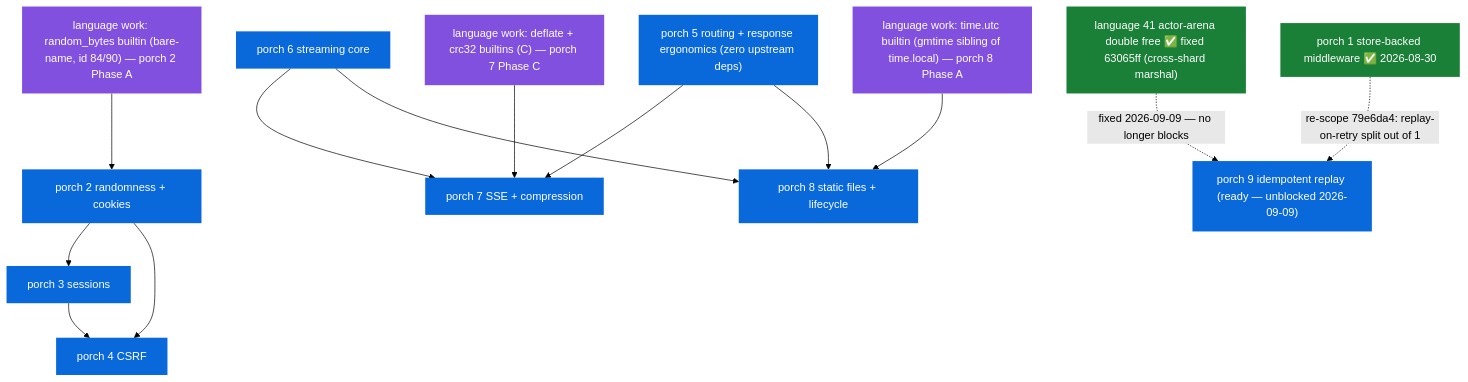
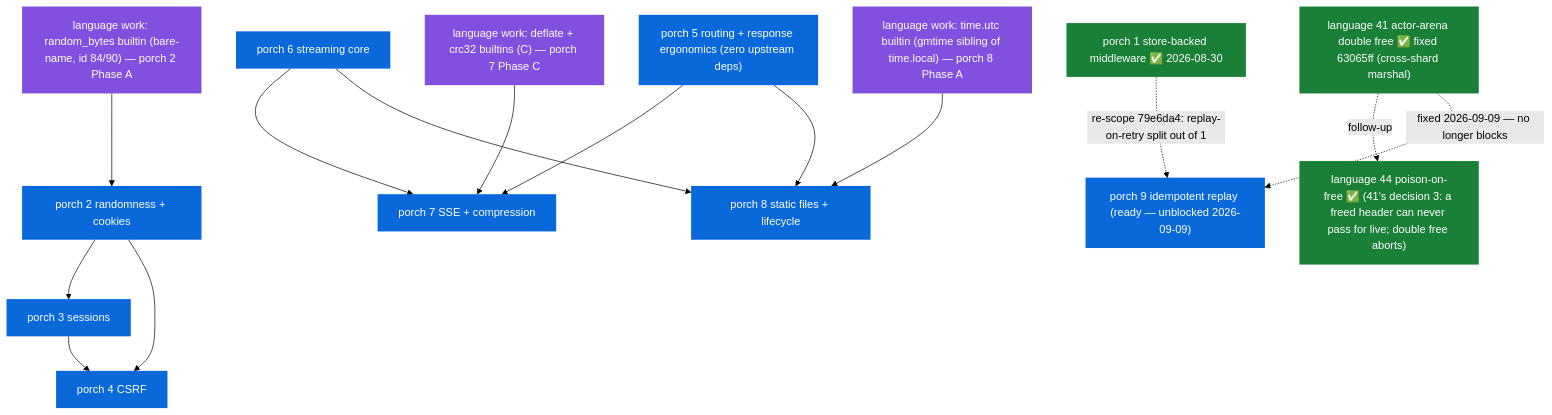
One commit to shoneyJ/writeonce changed the fifth of 8 diagrams in docs/00-dependency-graph.md. Above: the diagram before and after it, drawn with Mermaid (forest theme). The commit also changed 6 other files, not shown here.

First line of the commit message:
fix(arena): poison-on-free — a freed block can never pass for a live object (language 44)

````diff
--- a/docs/00-dependency-graph.md
+++ b/docs/00-dependency-graph.md
@@ -286,35 +286,37 @@
 ```mermaid
 flowchart TD
     classDef done fill:#1a7f37,color:#fff,stroke:none
     classDef ready fill:#0969da,color:#fff,stroke:none
     classDef held fill:#6e7781,color:#fff,stroke:none
     classDef lang fill:#8250df,color:#fff,stroke:none
 
     RB["language work: random_bytes builtin (bare-name, id 84/90) — porch 2 Phase A"]:::lang
     DFL["language work: deflate + crc32 builtins (C) — porch 7 Phase C"]:::lang
     TU["language work: time.utc builtin (gmtime sibling of time.local) — porch 8 Phase A"]:::lang
 
     P1["porch 1 store-backed middleware ✅ 2026-08-30"]:::done
     P2["porch 2 randomness + cookies"]:::ready
     P3["porch 3 sessions"]:::ready
     P4["porch 4 CSRF"]:::ready
     P5["porch 5 routing + response ergonomics (zero upstream deps)"]:::ready
     P6["porch 6 streaming core"]:::ready
     P7["porch 7 SSE + compression"]:::ready
     P8["porch 8 static files + lifecycle"]:::ready
     P9["porch 9 idempotent replay (ready — unblocked 2026-09-09)"]:::ready
     L41["language 41 actor-arena double free ✅ fixed 63065ff (cross-shard marshal)"]:::done
+    L44["language 44 poison-on-free ✅ (41's decision 3: a freed header can never pass for live; double free aborts)"]:::done
+    L41 -.follow-up.-> L44
 
     RB --> P2
     P2 --> P3
     P2 --> P4
     P3 --> P4
     P6 --> P7
     P6 --> P8
     P5 --> P7
     P5 --> P8
     DFL --> P7
     TU --> P8
     L41 -.fixed 2026-09-09 — no longer blocks.-> P9
     P1 -.re-scope 79e6da4: replay-on-retry split out of 1.-> P9
 ```
````
